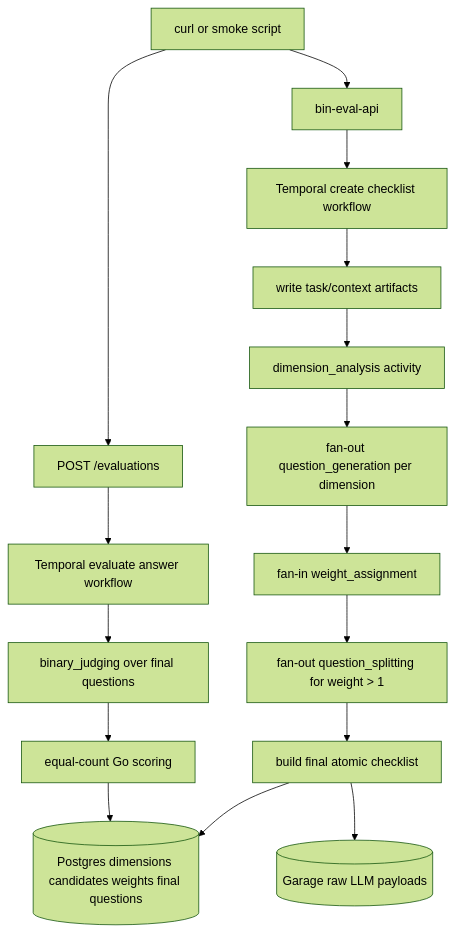
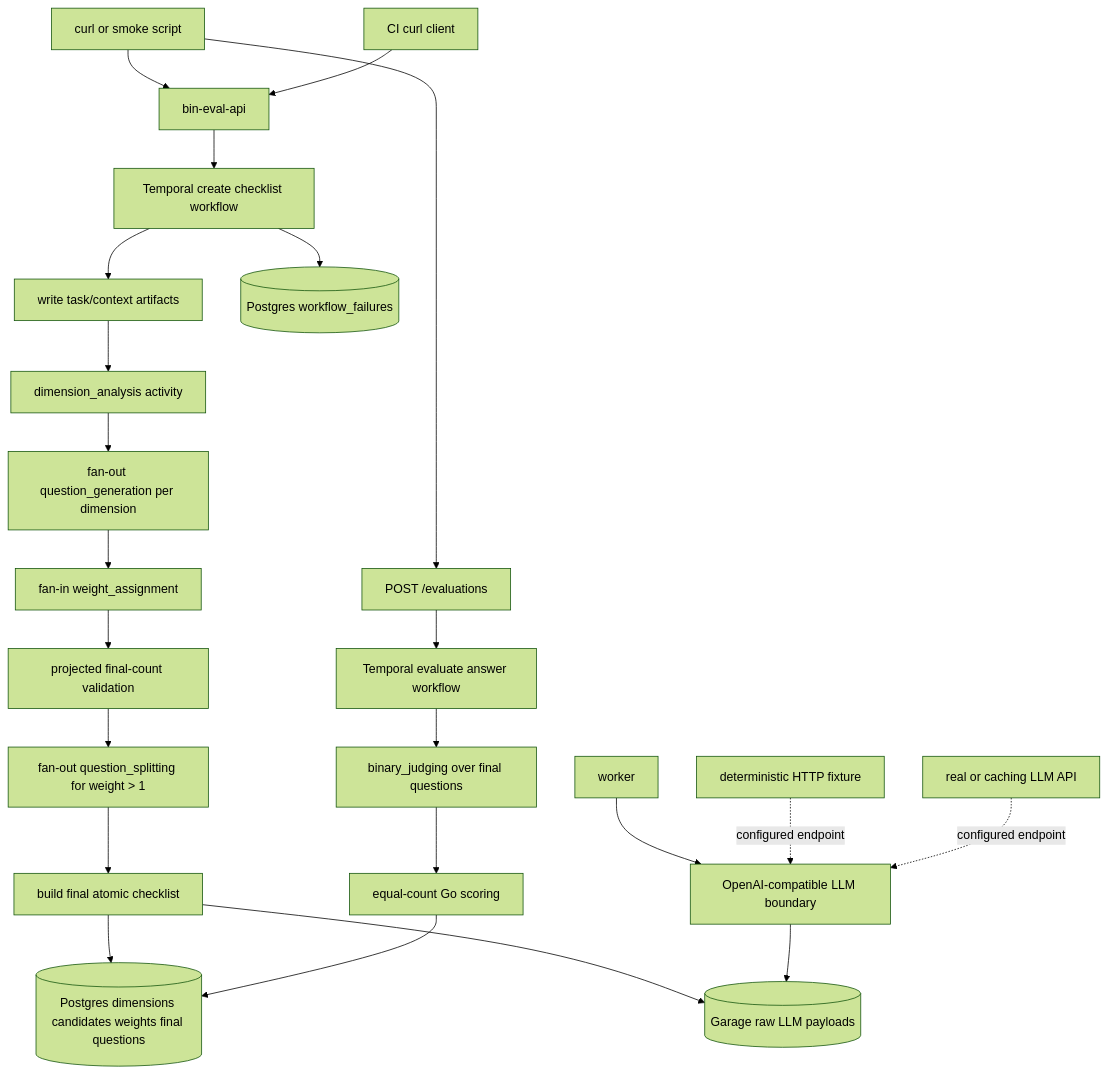
Before and after one commit to kirilligum/self-imp-bin-eval: the diagram in plans/bin-eval-rubric-refinement-dag-plan.md, drawn with Mermaid (forest theme). The commit also changed other lines of this file and 72 other files, not shown here.

````diff
--- a/plans/bin-eval-rubric-refinement-dag-plan.md
+++ b/plans/bin-eval-rubric-refinement-dag-plan.md
@@ -126,18 +159,25 @@
 ```mermaid
 flowchart TB
   client[curl or smoke script] --> api[bin-eval-api]
   api --> temporal[Temporal create checklist workflow]
   temporal --> write_inputs[write task/context artifacts]
   write_inputs --> dims[dimension_analysis activity]
   dims --> qfan[fan-out question_generation per dimension]
   qfan --> weigh[fan-in weight_assignment]
-  weigh --> splitfan[fan-out question_splitting for weight > 1]
+  weigh --> budget[projected final-count validation]
+  budget --> splitfan[fan-out question_splitting for weight > 1]
   splitfan --> finalbuild[build final atomic checklist]
   finalbuild --> pg[(Postgres dimensions candidates weights final questions)]
   finalbuild --> garage[(Garage raw LLM payloads)]
   client --> evalapi[POST /evaluations]
   evalapi --> evalwf[Temporal evaluate answer workflow]
   evalwf --> judge[binary_judging over final questions]
   judge --> score[equal-count Go scoring]
   score --> pg
+  temporal --> failures[(Postgres workflow_failures)]
+  llm[OpenAI-compatible LLM boundary] --> garage
+  ci[CI curl client] --> api
+  worker --> llm
+  llmfixture[deterministic HTTP fixture] -. configured endpoint .-> llm
+  realcache[real or caching LLM API] -. configured endpoint .-> llm
 ```
````
